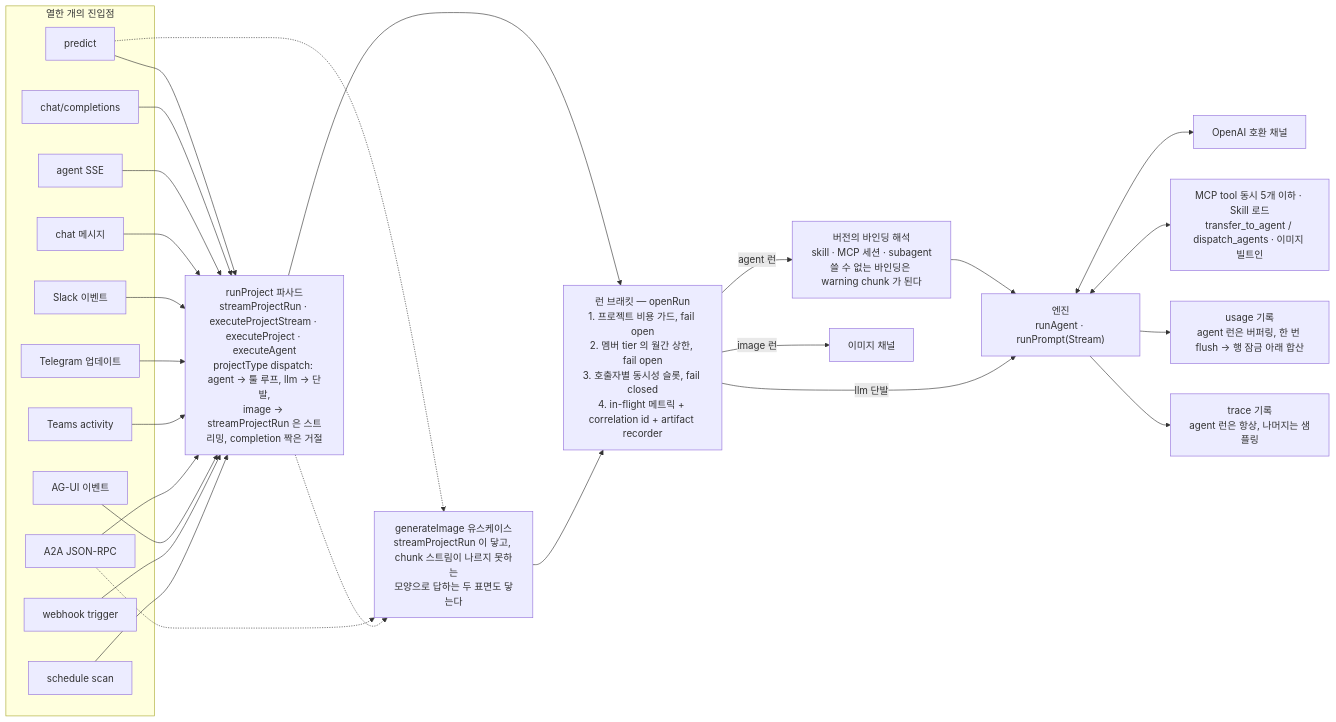
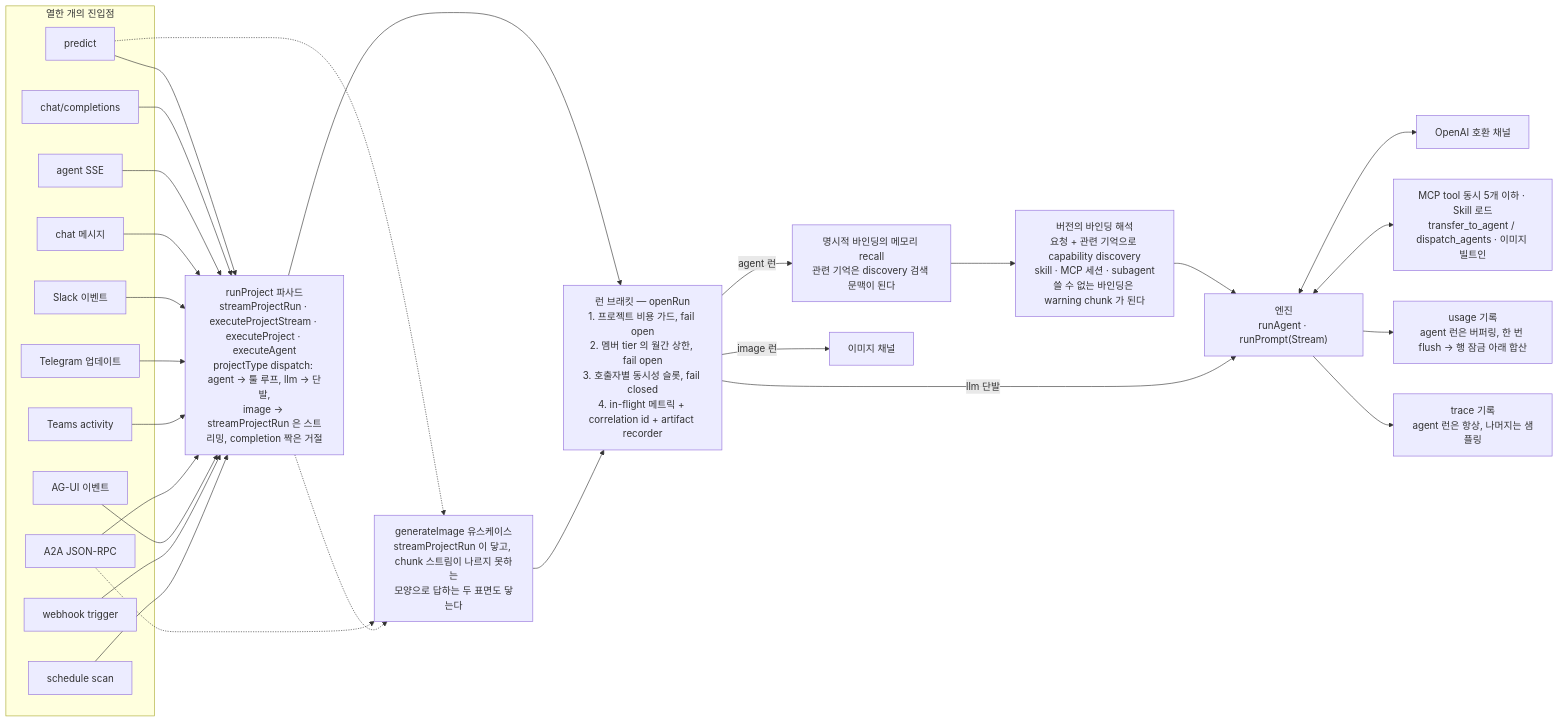
Before and after one commit to opspresso/agent-studio: the second of 4 diagrams in docs/ARCHITECTURE.md, drawn with Mermaid. The commit also changed 4 other files, not shown here.

Commit message:
docs: describe memory-guided capability discovery

````diff
--- a/docs/ARCHITECTURE.md
+++ b/docs/ARCHITECTURE.md
@@ -400,51 +400,52 @@
 ```mermaid
 flowchart LR
   subgraph surfaces["열한 개의 진입점"]
     predict["predict"]
     cc["chat/completions"]
     agentsse["agent SSE"]
     chat["chat 메시지"]
     slack["Slack 이벤트"]
     telegram["Telegram 업데이트"]
     teams["Teams activity"]
     a2a["A2A JSON-RPC"]
     agui["AG-UI 이벤트"]
     webhook["webhook trigger"]
     schedule["schedule scan"]
   end
 
   facade["runProject 파사드<br/>streamProjectRun · executeProjectStream · executeProject · executeAgent<br/>projectType dispatch: agent → 툴 루프, llm → 단발,<br/>image → streamProjectRun 은 스트리밍, completion 짝은 거절"]
   imageuc["generateImage 유스케이스<br/>streamProjectRun 이 닿고, chunk 스트림이 나르지 못하는<br/>모양으로 답하는 두 표면도 닿는다"]
   bracket["런 브래킷 — openRun<br/>1. 프로젝트 비용 가드, fail open<br/>2. 멤버 tier 의 월간 상한, fail open<br/>3. 호출자별 동시성 슬롯, fail closed<br/>4. in-flight 메트릭 + correlation id + artifact recorder"]
-  resolve["버전의 바인딩 해석<br/>skill · MCP 세션 · subagent<br/>쓸 수 없는 바인딩은 warning chunk 가 된다"]
+  memory["명시적 바인딩의 메모리 recall<br/>관련 기억은 discovery 검색 문맥이 된다"]
+  resolve["버전의 바인딩 해석<br/>요청 + 관련 기억으로 capability discovery<br/>skill · MCP 세션 · subagent<br/>쓸 수 없는 바인딩은 warning chunk 가 된다"]
   engine["엔진<br/>runAgent · runPrompt(Stream)"]
   channel["OpenAI 호환 채널"]
   imagechannel["이미지 채널"]
   tools["MCP tool 동시 5개 이하 · Skill 로드<br/>transfer_to_agent / dispatch_agents · 이미지 빌트인"]
   usage["usage 기록<br/>agent 런은 버퍼링, 한 번 flush → 행 잠금 아래 합산"]
   trace["trace 기록<br/>agent 런은 항상, 나머지는 샘플링"]
 
   predict --> facade
   cc --> facade
   agentsse --> facade
   chat --> facade
   slack --> facade
   telegram --> facade
   teams --> facade
   a2a --> facade
   agui --> facade
   webhook --> facade
   schedule --> facade
   predict -.-> imageuc
   a2a -.-> imageuc
   facade -.-> imageuc
   facade --> bracket
   imageuc --> bracket
-  bracket -->|"agent 런"| resolve --> engine
+  bracket -->|"agent 런"| memory --> resolve --> engine
   bracket -->|"llm 단발"| engine
   bracket -->|"image 런"| imagechannel
   engine <--> channel
   engine <--> tools
   engine --> usage
   engine --> trace
 ```
````
